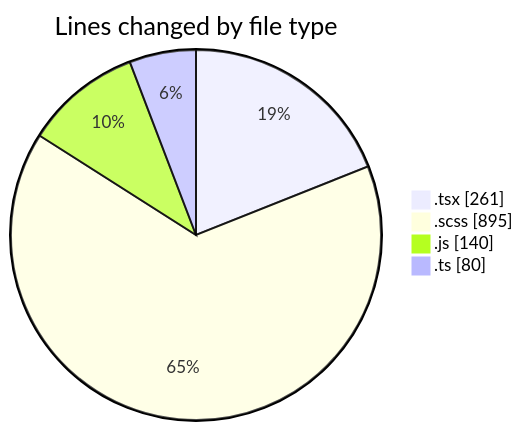
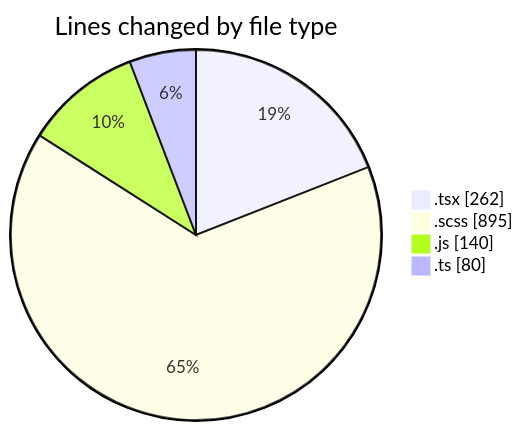
Before and after one commit to momahboobian/code-tracking: the first of 2 diagrams in 2026-03-25/cda/README.md, drawn with Mermaid. The commit also changed other lines of this file and 1 other file, not shown here.

````diff
--- a/2026-03-25/cda/README.md
+++ b/2026-03-25/cda/README.md
@@ -23,8 +23,8 @@
 ```mermaid
 pie showData
 title Lines changed by file type
-".tsx" : 261
+".tsx" : 262
 ".scss" : 895
 ".js" : 140
 ".ts" : 80
 ```
````
